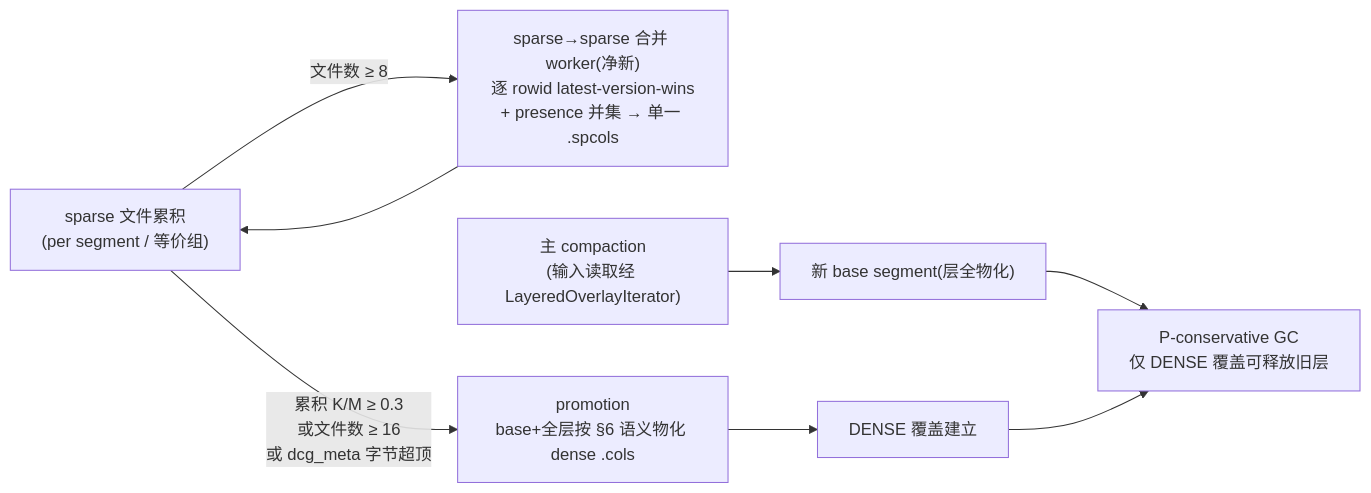
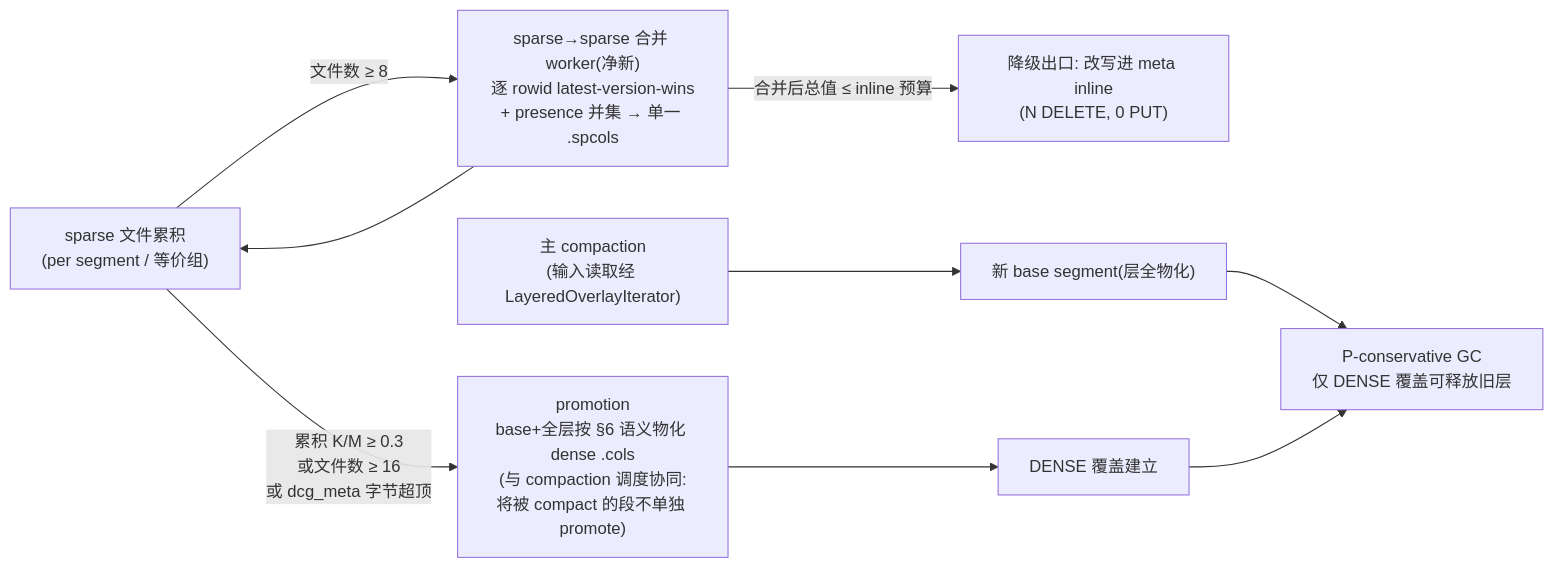
The fourth of 4 diagrams in handbook/plans/active/2026-06-01-partial-update-sdcg-design.md (meegoo/starrocks), drawn with Mermaid before and after one commit. The commit also changed other lines of this file, not shown here.

````diff
--- a/handbook/plans/active/2026-06-01-partial-update-sdcg-design.md
+++ b/handbook/plans/active/2026-06-01-partial-update-sdcg-design.md
@@ -527,10 +551,11 @@
 ```mermaid
 flowchart LR
     S["sparse 文件累积<br/>(per segment / 等价组)"] -- "文件数 ≥ 8" --> M["sparse→sparse 合并 worker(净新)<br/>逐 rowid latest-version-wins<br/>+ presence 并集 → 单一 .spcols"]
+    M -- "合并后总值 ≤ inline 预算" --> IL["降级出口: 改写进 meta inline<br/>(N DELETE, 0 PUT)"]
     M --> S
-    S -- "累积 K/M ≥ 0.3<br/>或文件数 ≥ 16<br/>或 dcg_meta 字节超顶" --> P["promotion<br/>base+全层按 §6 语义物化 dense .cols"]
+    S -- "累积 K/M ≥ 0.3<br/>或文件数 ≥ 16<br/>或 dcg_meta 字节超顶" --> P["promotion<br/>base+全层按 §6 语义物化 dense .cols<br/>(与 compaction 调度协同:<br/>将被 compact 的段不单独 promote)"]
     P --> DC["DENSE 覆盖建立"]
     CMP["主 compaction<br/>(输入读取经 LayeredOverlayIterator)"] --> NB["新 base segment(层全物化)"]
     NB --> GC
     DC --> GC["P-conservative GC<br/>仅 DENSE 覆盖可释放旧层"]
 ```
````
